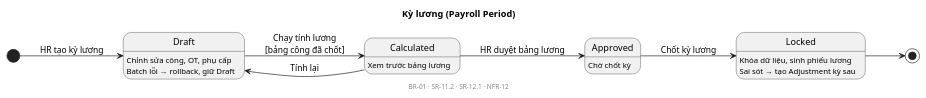
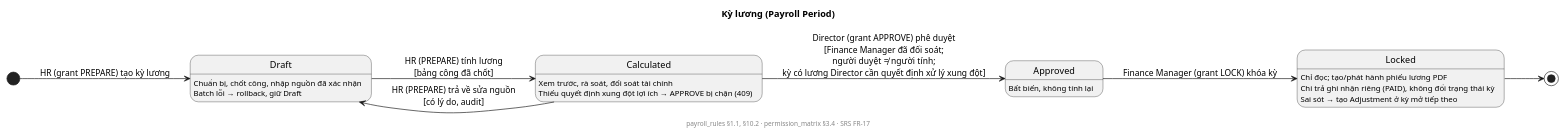
The diagram in docs/uml/state/state_payroll.puml (gihan160306/HRFlow), drawn with PlantUML before and after one commit. The commit also changed 16 other files, not shown here.

```diff
--- a/docs/uml/state/state_payroll.puml
+++ b/docs/uml/state/state_payroll.puml
@@ -1,21 +1,23 @@
 @startuml state_payroll
 title Kỳ lương (Payroll Period)
 hide empty description
 left to right direction
 
-[*] --> Draft : HR tạo kỳ lương
-Draft --> Calculated : Chạy tính lương\n[bảng công đã chốt]
-Calculated --> Draft : Tính lại
-Calculated --> Approved : HR duyệt bảng lương
-Approved --> Locked : Chốt kỳ lương
+[*] --> Draft : HR (grant PREPARE) tạo kỳ lương
+Draft --> Calculated : HR (PREPARE) tính lương\n[bảng công đã chốt]
+Calculated --> Draft : HR (PREPARE) trả về sửa nguồn\n[có lý do, audit]
+Calculated --> Approved : Director (grant APPROVE) phê duyệt\n[Finance Manager đã đối soát;\nngười duyệt ≠ người tính;\nkỳ có lương Director cần quyết định xử lý xung đột]
+Approved --> Locked : Finance Manager (grant LOCK) khóa kỳ
 Locked --> [*]
 
-Draft : Chỉnh sửa công, OT, phụ cấp
+Draft : Chuẩn bị, chốt công, nhập nguồn đã xác nhận
 Draft : Batch lỗi → rollback, giữ Draft
-Calculated : Xem trước bảng lương
-Approved : Chờ chốt kỳ
-Locked : Khóa dữ liệu, sinh phiếu lương
-Locked : Sai sót → tạo Adjustment kỳ sau
+Calculated : Xem trước, rà soát, đối soát tài chính
+Calculated : Thiếu quyết định xung đột lợi ích → APPROVE bị chặn (409)
+Approved : Bất biến, không tính lại
+Locked : Chỉ đọc; tạo/phát hành phiếu lương PDF
+Locked : Chi trả ghi nhận riêng (PAID), không đổi trạng thái kỳ
+Locked : Sai sót → tạo Adjustment ở kỳ mở tiếp theo
 
-footer BR-01 · SR-11.2 · SR-12.1 · NFR-12
+footer payroll_rules §1.1, §10.2 · permission_matrix §3.4 · SRS FR-17
 @enduml
```
